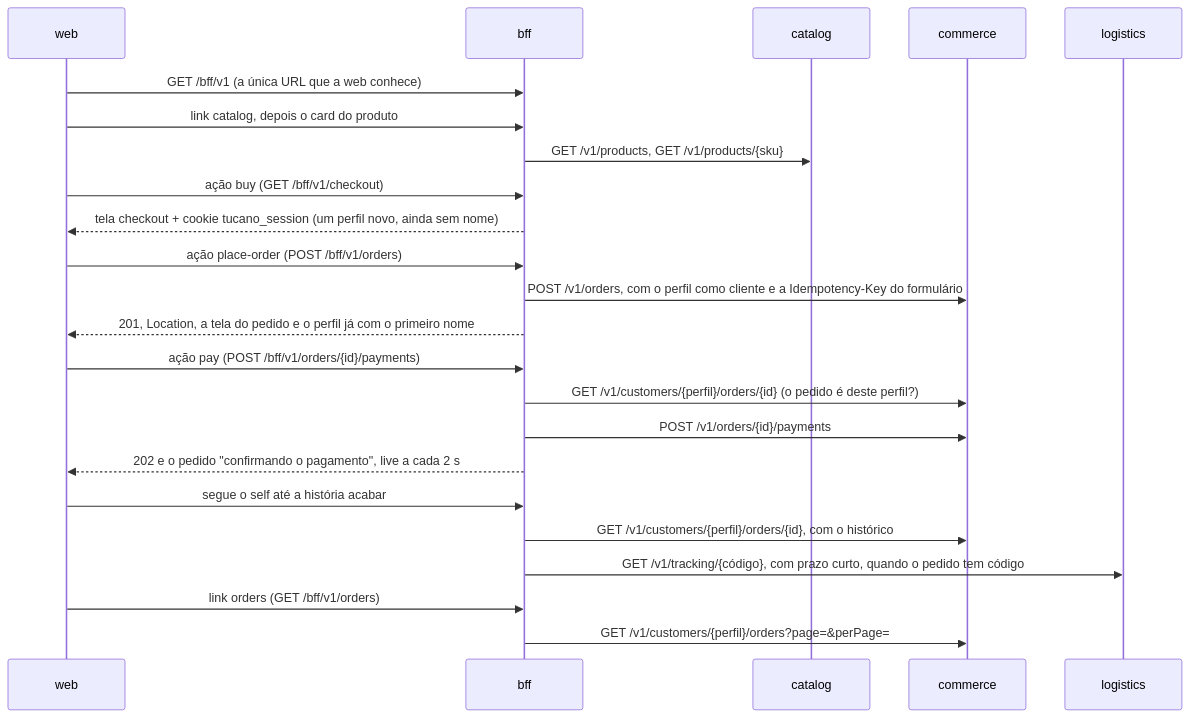
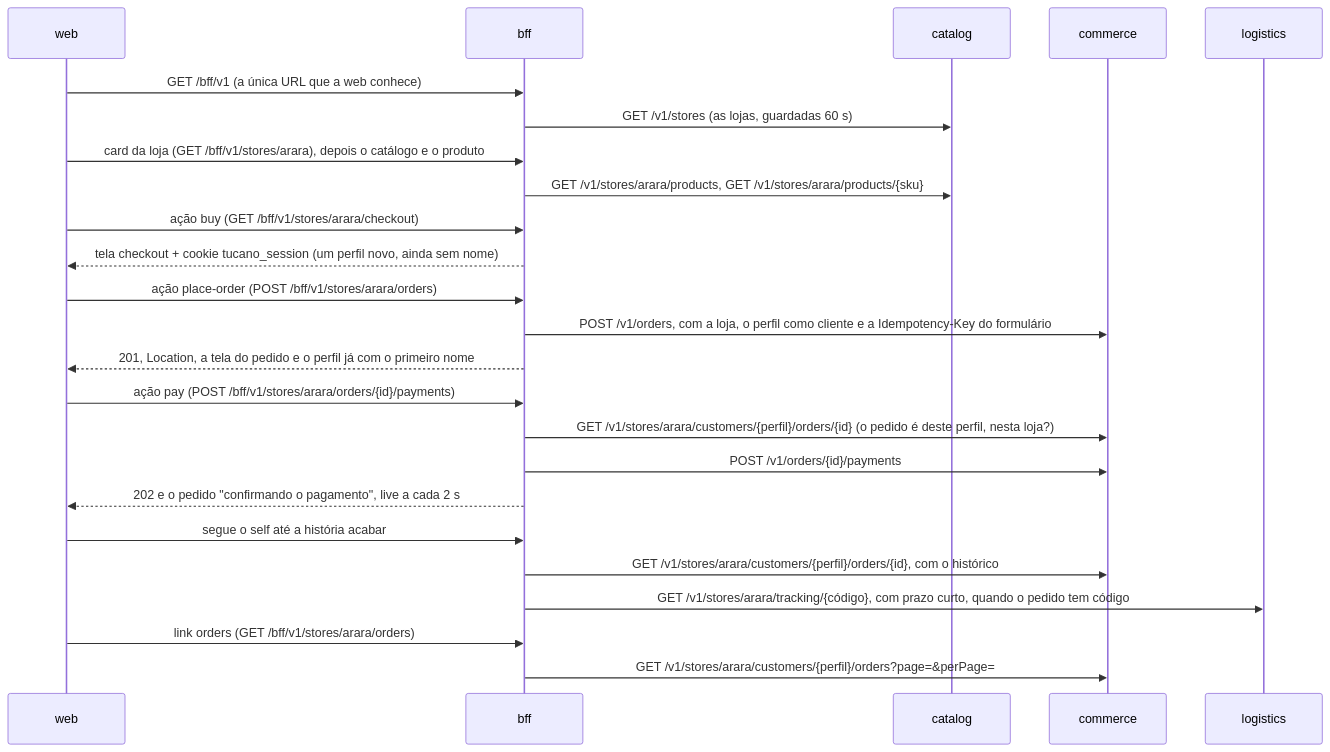
The diagram in services/bff/README.md (flaviotinococoutinho/Tucano_vibe_chaos), drawn with Mermaid before and after one commit. The commit also changed other lines of this file and 58 other files, not shown here.

````diff
--- a/services/bff/README.md
+++ b/services/bff/README.md
@@ -9,25 +9,26 @@
 ```mermaid
 sequenceDiagram
   participant W as web
   participant B as bff
   participant CA as catalog
   participant CO as commerce
   participant L as logistics
   W->>B: GET /bff/v1 (a única URL que a web conhece)
-  W->>B: link catalog, depois o card do produto
-  B->>CA: GET /v1/products, GET /v1/products/{sku}
-  W->>B: ação buy (GET /bff/v1/checkout)
+  B->>CA: GET /v1/stores (as lojas, guardadas 60 s)
+  W->>B: card da loja (GET /bff/v1/stores/arara), depois o catálogo e o produto
+  B->>CA: GET /v1/stores/arara/products, GET /v1/stores/arara/products/{sku}
+  W->>B: ação buy (GET /bff/v1/stores/arara/checkout)
   B-->>W: tela checkout + cookie tucano_session (um perfil novo, ainda sem nome)
-  W->>B: ação place-order (POST /bff/v1/orders)
-  B->>CO: POST /v1/orders, com o perfil como cliente e a Idempotency-Key do formulário
+  W->>B: ação place-order (POST /bff/v1/stores/arara/orders)
+  B->>CO: POST /v1/orders, com a loja, o perfil como cliente e a Idempotency-Key do formulário
   B-->>W: 201, Location, a tela do pedido e o perfil já com o primeiro nome
-  W->>B: ação pay (POST /bff/v1/orders/{id}/payments)
-  B->>CO: GET /v1/customers/{perfil}/orders/{id} (o pedido é deste perfil?)
+  W->>B: ação pay (POST /bff/v1/stores/arara/orders/{id}/payments)
+  B->>CO: GET /v1/stores/arara/customers/{perfil}/orders/{id} (o pedido é deste perfil, nesta loja?)
   B->>CO: POST /v1/orders/{id}/payments
   B-->>W: 202 e o pedido "confirmando o pagamento", live a cada 2 s
   W->>B: segue o self até a história acabar
-  B->>CO: GET /v1/customers/{perfil}/orders/{id}, com o histórico
-  B->>L: GET /v1/tracking/{código}, com prazo curto, quando o pedido tem código
-  W->>B: link orders (GET /bff/v1/orders)
-  B->>CO: GET /v1/customers/{perfil}/orders?page=&perPage=
+  B->>CO: GET /v1/stores/arara/customers/{perfil}/orders/{id}, com o histórico
+  B->>L: GET /v1/stores/arara/tracking/{código}, com prazo curto, quando o pedido tem código
+  W->>B: link orders (GET /bff/v1/stores/arara/orders)
+  B->>CO: GET /v1/stores/arara/customers/{perfil}/orders?page=&perPage=
 ```
````
